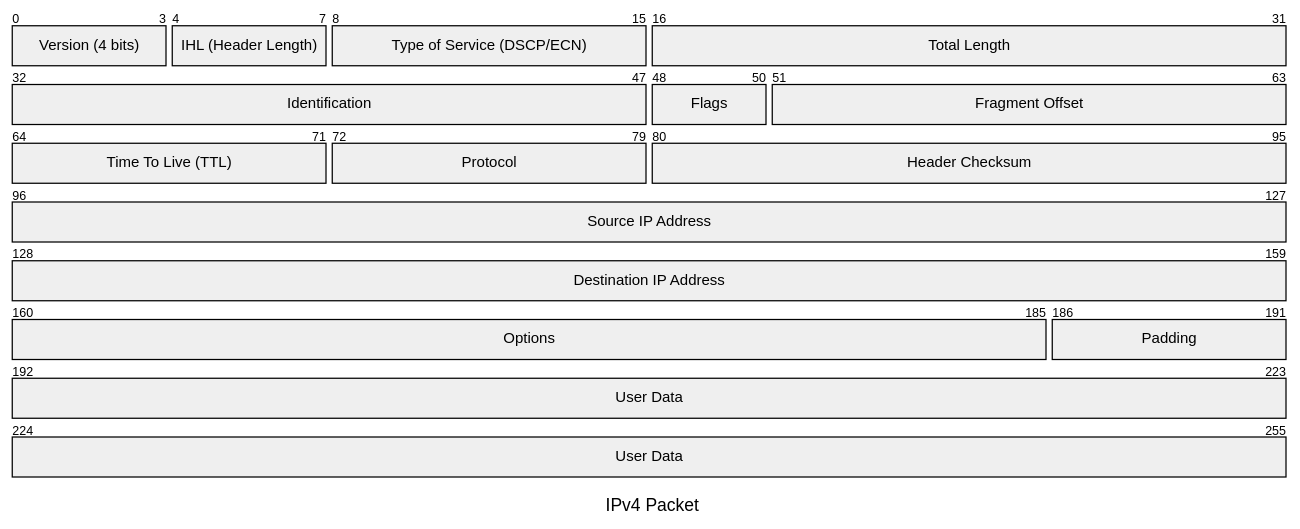
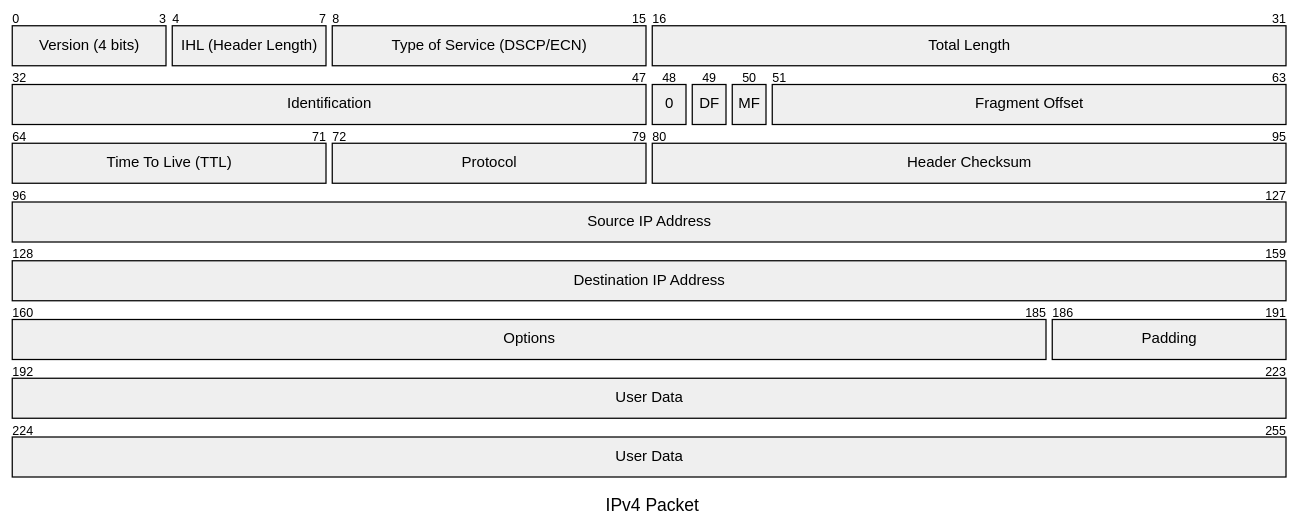
One commit to delpiter/Obsidian-Vault changed the diagram in Git-Obsidian/Reti/Network Layer/Protocollo IP.md. Above: the diagram before and after it, drawn with Mermaid. The commit also changed 2 other files, not shown here.

Commit message:
2025-12-15 16:03:20: Detail

````diff
--- a/Git-Obsidian/Reti/Network Layer/Protocollo IP.md
+++ b/Git-Obsidian/Reti/Network Layer/Protocollo IP.md
@@ -43,22 +43,24 @@
 ```mermaid
 ---
 title: "IPv4 Packet"
 ---
 packet-beta
   0-3: "Version (4 bits)"
   4-7: "IHL (Header Length)"
   8-15: "Type of Service (DSCP/ECN)"
   16-31: "Total Length"
   32-47: "Identification"
-  48-50: "Flags"
+  48: "0"
+  49: "DF"
+  50: "MF"
   51-63: "Fragment Offset"
   64-71: "Time To Live (TTL)"
   72-79: "Protocol"
   80-95: "Header Checksum"
   96-127: "Source IP Address"
   128-159: "Destination IP Address"
   160-185: "Options"
   186-191: "Padding"
   192-223: "User Data"
   224-255: "User Data" 
 ```
````
